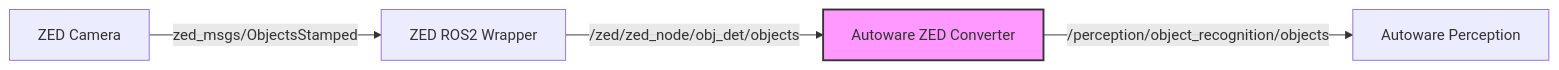
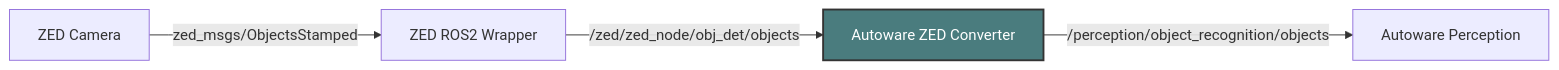
The first of 2 diagrams in README.md (NEWSLabNTU/autoware_zed), drawn with Mermaid before and after one commit. The commit also changed other lines of this file, not shown here.

Commit message:
Adjust colors in architecture charts.

````diff
--- a/README.md
+++ b/README.md
@@ -12,8 +12,8 @@
 ```mermaid
 graph LR
     A[ZED Camera] -->|zed_msgs/ObjectsStamped| B[ZED ROS2 Wrapper]
     B -->|/zed/zed_node/obj_det/objects| C[Autoware ZED Converter]
     C -->|/perception/object_recognition/objects| D[Autoware Perception]
 
-    style C fill:#f9f,stroke:#333,stroke-width:2px
+    style C fill:#4a7c7e,stroke:#333,stroke-width:2px,color:#fff
 ```
````
